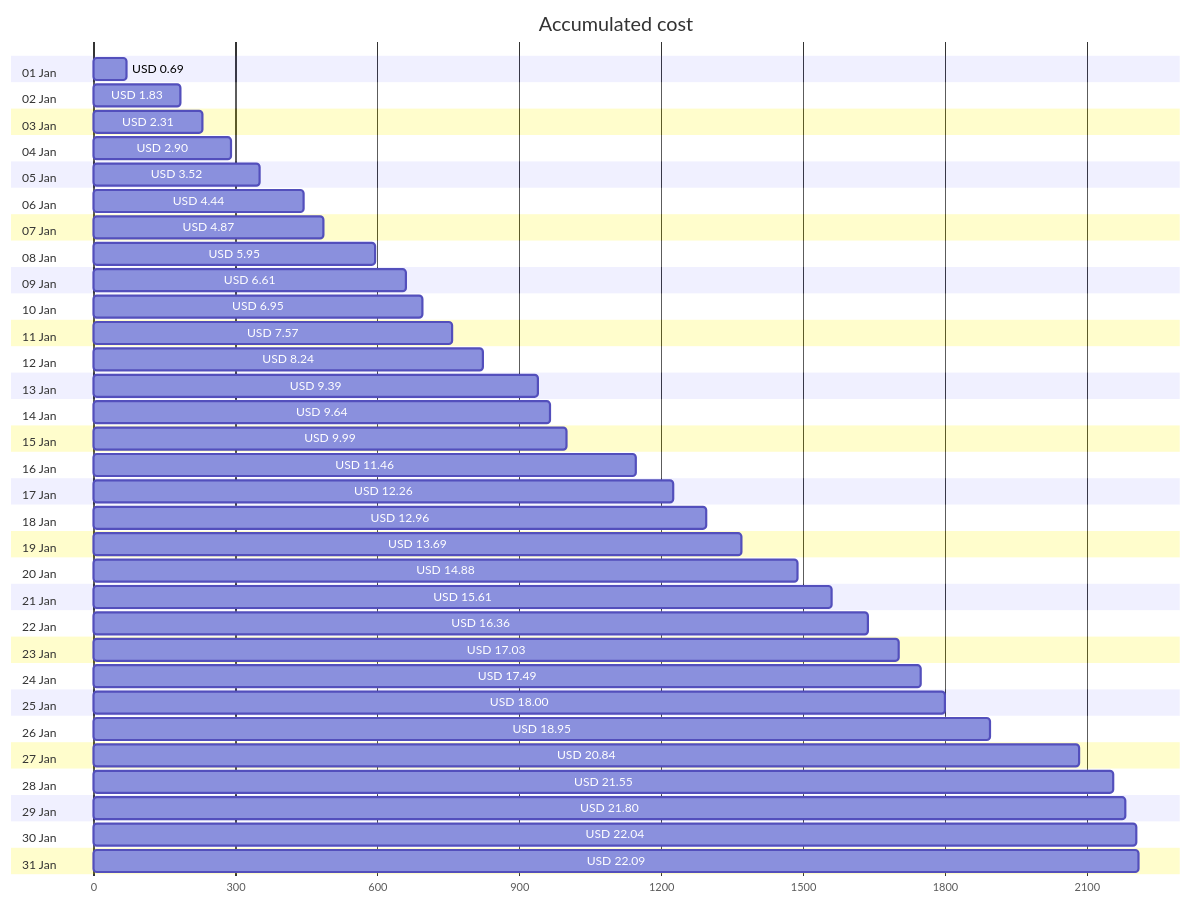
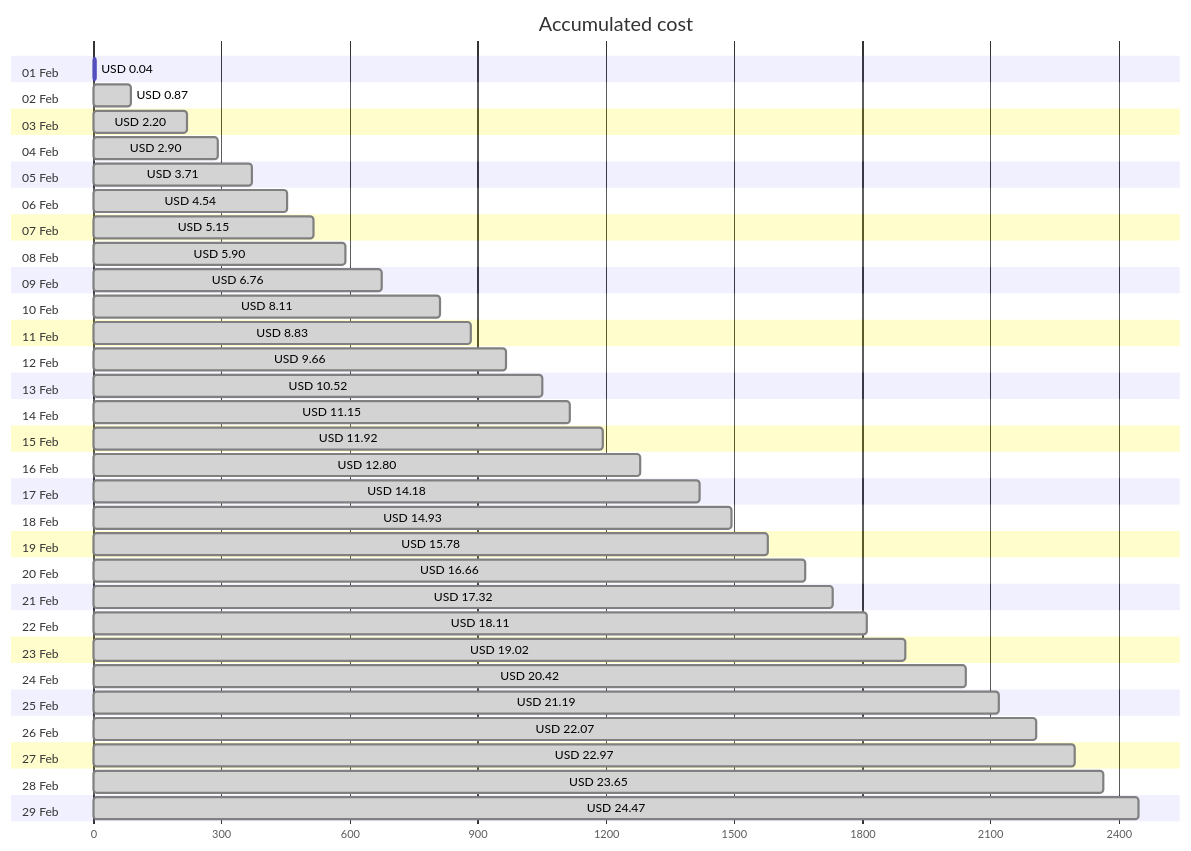
Before and after one commit to jpfulton/azure-personal-reports: the first of 4 diagrams in cost-reports/personal-network/vpn-server.md, drawn with Mermaid. The commit also changed other lines of this file and 8 other files, not shown here.

````diff
--- a/cost-reports/personal-network/vpn-server.md
+++ b/cost-reports/personal-network/vpn-server.md
@@ -20,68 +20,64 @@
 ```mermaid
 gantt
    title Accumulated cost
    dateFormat  X
    axisFormat %s
-   section 01 Jan
-   USD 0.69 :0, 69
-   section 02 Jan
-   USD 1.83 :0, 183
-   section 03 Jan
-   USD 2.31 :0, 231
-   section 04 Jan
-   USD 2.90 :0, 290
-   section 05 Jan
-   USD 3.52 :0, 352
-   section 06 Jan
-   USD 4.44 :0, 444
-   section 07 Jan
-   USD 4.87 :0, 487
-   section 08 Jan
-   USD 5.95 :0, 595
-   section 09 Jan
-   USD 6.61 :0, 661
-   section 10 Jan
-   USD 6.95 :0, 695
-   section 11 Jan
-   USD 7.57 :0, 757
-   section 12 Jan
-   USD 8.24 :0, 824
-   section 13 Jan
-   USD 9.39 :0, 939
-   section 14 Jan
-   USD 9.64 :0, 964
-   section 15 Jan
-   USD 9.99 :0, 999
-   section 16 Jan
-   USD 11.46 :0, 1146
-   section 17 Jan
-   USD 12.26 :0, 1226
-   section 18 Jan
-   USD 12.96 :0, 1296
-   section 19 Jan
-   USD 13.69 :0, 1369
-   section 20 Jan
-   USD 14.88 :0, 1488
-   section 21 Jan
-   USD 15.61 :0, 1561
-   section 22 Jan
-   USD 16.36 :0, 1636
-   section 23 Jan
-   USD 17.03 :0, 1703
-   section 24 Jan
-   USD 17.49 :0, 1749
-   section 25 Jan
-   USD 18.00 :0, 1800
-   section 26 Jan
-   USD 18.95 :0, 1895
-   section 27 Jan
-   USD 20.84 :0, 2084
-   section 28 Jan
-   USD 21.55 :0, 2155
-   section 29 Jan
-   USD 21.80 :0, 2180
-   section 30 Jan
-   USD 22.04 :0, 2204
-   section 31 Jan
-   USD 22.09 :0, 2209
+   section 01 Feb
+   USD 0.04 :0, 4
+   section 02 Feb
+   USD 0.87 : done, 0, 87
+   section 03 Feb
+   USD 2.20 : done, 0, 220
+   section 04 Feb
+   USD 2.90 : done, 0, 290
+   section 05 Feb
+   USD 3.71 : done, 0, 371
+   section 06 Feb
+   USD 4.54 : done, 0, 454
+   section 07 Feb
+   USD 5.15 : done, 0, 515
+   section 08 Feb
+   USD 5.90 : done, 0, 590
+   section 09 Feb
+   USD 6.76 : done, 0, 676
+   section 10 Feb
+   USD 8.11 : done, 0, 811
+   section 11 Feb
+   USD 8.83 : done, 0, 883
+   section 12 Feb
+   USD 9.66 : done, 0, 966
+   section 13 Feb
+   USD 10.52 : done, 0, 1052
+   section 14 Feb
+   USD 11.15 : done, 0, 1115
+   section 15 Feb
+   USD 11.92 : done, 0, 1192
+   section 16 Feb
+   USD 12.80 : done, 0, 1280
+   section 17 Feb
+   USD 14.18 : done, 0, 1418
+   section 18 Feb
+   USD 14.93 : done, 0, 1493
+   section 19 Feb
+   USD 15.78 : done, 0, 1578
+   section 20 Feb
+   USD 16.66 : done, 0, 1666
+   section 21 Feb
+   USD 17.32 : done, 0, 1732
+   section 22 Feb
+   USD 18.11 : done, 0, 1811
+   section 23 Feb
+   USD 19.02 : done, 0, 1902
+   section 24 Feb
+   USD 20.42 : done, 0, 2042
+   section 25 Feb
+   USD 21.19 : done, 0, 2119
+   section 26 Feb
+   USD 22.07 : done, 0, 2207
+   section 27 Feb
+   USD 22.97 : done, 0, 2297
+   section 28 Feb
+   USD 23.65 : done, 0, 2365
+   section 29 Feb
+   USD 24.47 : done, 0, 2447
 ```
````
